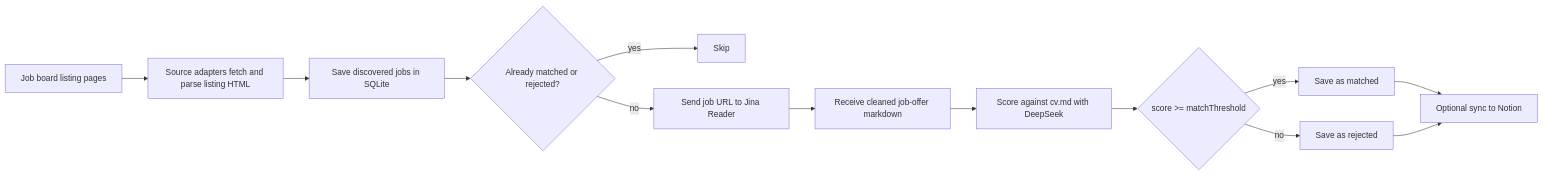
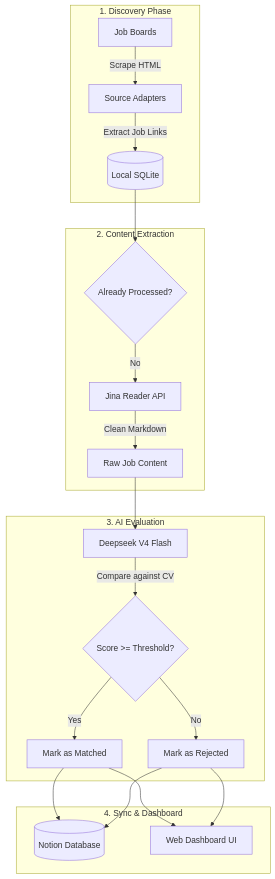
Before and after one commit to dandrok/jobetl: the diagram in README.md, drawn with Mermaid. The commit also changed other lines of this file and 2 other files, not shown here.

Commit message:
fix: small fixes

````diff
--- a/README.md
+++ b/README.md
@@ -30,15 +30,27 @@
 ```mermaid
-flowchart LR
-    A[Job board listing pages] --> B[Source adapters fetch and parse listing HTML]
-    B --> C[Save discovered jobs in SQLite]
-    C --> D{Already matched or rejected?}
-    D -->|yes| E[Skip]
-    D -->|no| F[Send job URL to Jina Reader]
-    F --> G[Receive cleaned job-offer markdown]
-    G --> H[Score against cv.md with DeepSeek]
-    H --> I{score >= matchThreshold}
-    I -->|yes| J[Save as matched]
-    I -->|no| K[Save as rejected]
-    J --> L[Optional sync to Notion]
-    K --> L
+flowchart TD
+    subgraph Discovery [1. Discovery Phase]
+        A[Job Boards] -->|Scrape HTML| B[Source Adapters]
+        B -->|Extract Job Links| C[(Local SQLite)]
+    end
+
+    subgraph Extraction [2. Content Extraction]
+        C --> D{Already Processed?}
+        D -->|No| F[Jina Reader API]
+        F -->|Clean Markdown| G[Raw Job Content]
+    end
+
+    subgraph Intelligence [3. AI Evaluation]
+        G --> H[Deepseek V4 Flash]
+        H -->|Compare against CV| I{Score >= Threshold?}
+        I -->|Yes| J[Mark as Matched]
+        I -->|No| K[Mark as Rejected]
+    end
+
+    subgraph Integration [4. Sync & Dashboard]
+        J --> L[(Notion Database)]
+        K --> L
+        J --> M[Web Dashboard UI]
+        K --> M
+    end
 ```
````
